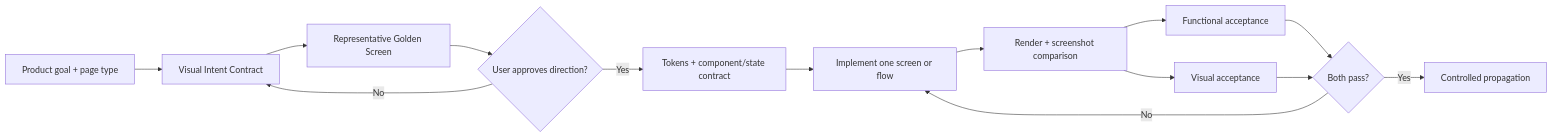
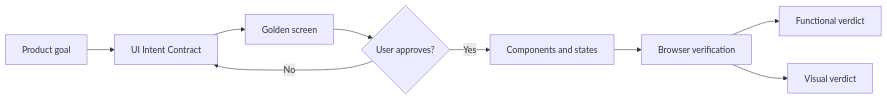
The second of 2 diagrams in README.md (t01089572455/vibetether), drawn with Mermaid before and after one commit. The commit also changed other lines of this file and 5 other files, not shown here.

````diff
--- a/README.md
+++ b/README.md
@@ -101,16 +170,11 @@
 ```mermaid
 flowchart LR
-    A["Product goal + page type"] --> B["Visual Intent Contract"]
-    B --> C["Representative Golden Screen"]
-    C --> D{"User approves direction?"}
-    D -->|"No"| B
-    D -->|"Yes"| E["Tokens + component/state contract"]
-    E --> F["Implement one screen or flow"]
-    F --> G["Render + screenshot comparison"]
-    G --> H["Functional acceptance"]
-    G --> I["Visual acceptance"]
-    H --> J{"Both pass?"}
-    I --> J
-    J -->|"No"| F
-    J -->|"Yes"| K["Controlled propagation"]
+    G["Product goal"] --> I["UI Intent Contract"]
+    I --> S["Golden screen"]
+    S --> A{"User approves?"}
+    A -->|"No"| I
+    A -->|"Yes"| C["Components and states"]
+    C --> B["Browser verification"]
+    B --> F["Functional verdict"]
+    B --> V["Visual verdict"]
 ```
````
